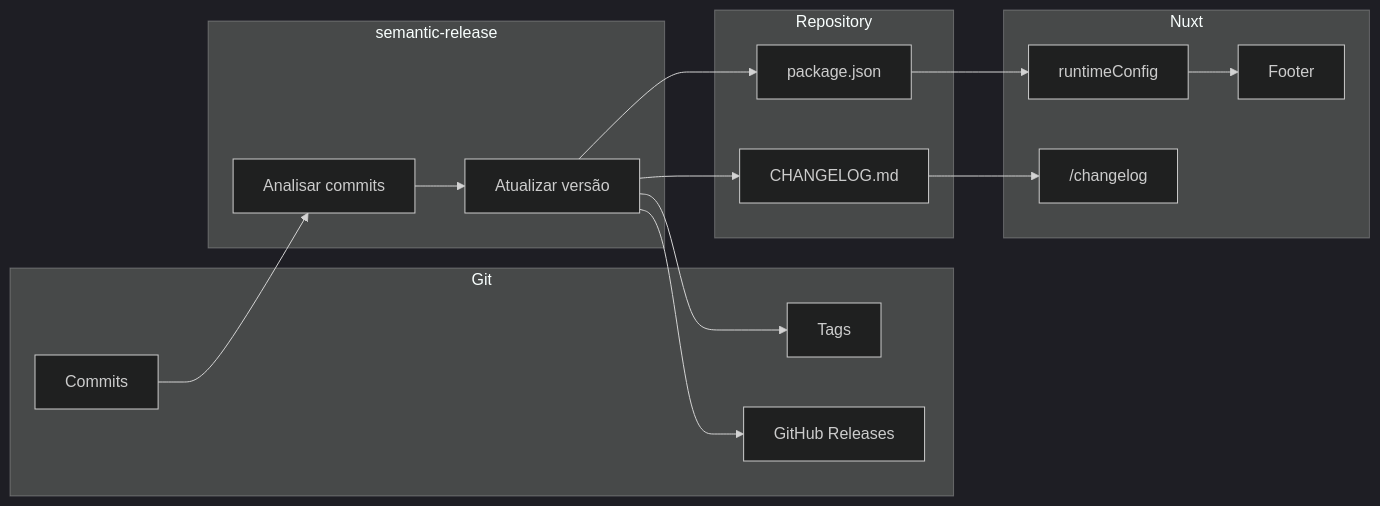
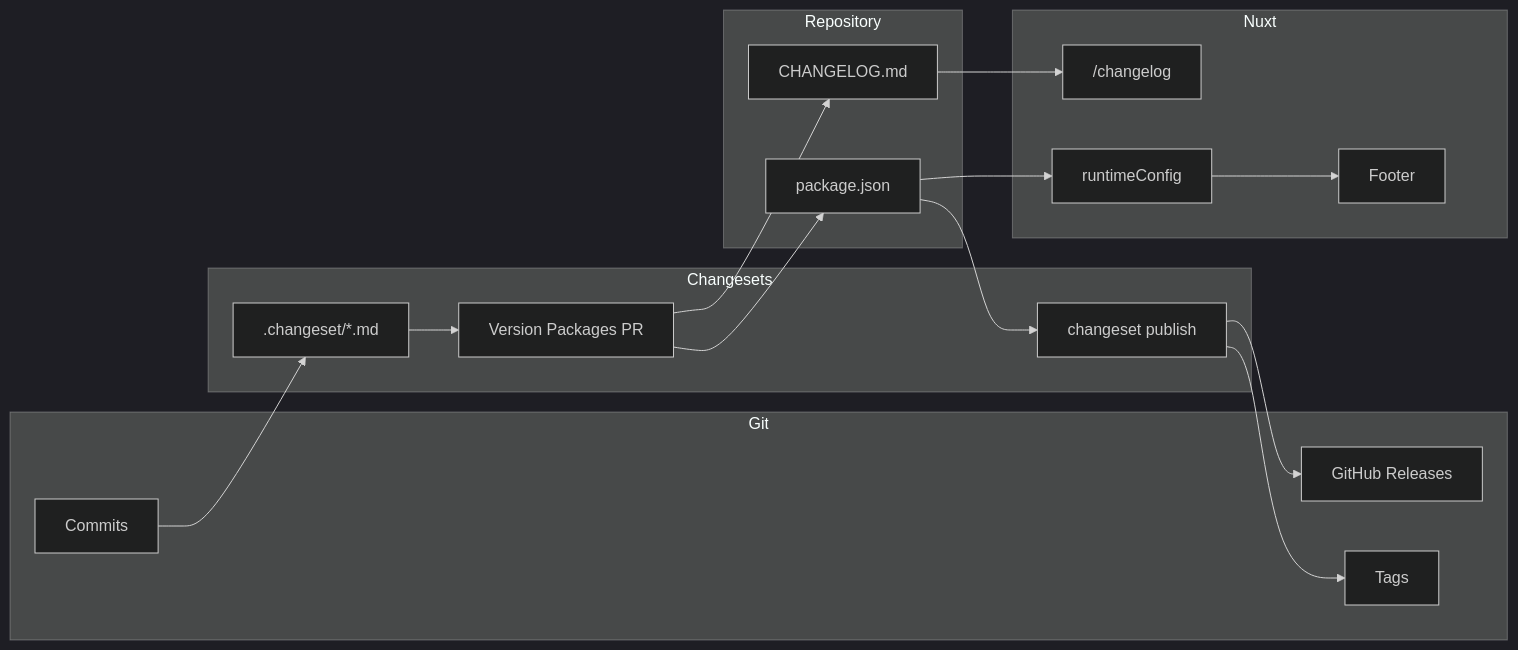
The diagram in docs/architecture.md (gabriel-vitebo/my-portfolio), drawn with Mermaid (dark theme) before and after one commit. The commit also changed 12 other files, not shown here.

Commit message:
chore: remove release configuration file for semantic release

````diff
--- a/docs/architecture.md
+++ b/docs/architecture.md
@@ -1,40 +1,44 @@
 ```mermaid
 flowchart LR
 
     subgraph Git
         A["Commits"]
         B["Tags"]
         C["GitHub Releases"]
     end
 
-    subgraph semantic-release
-        D["Analisar commits"]
-        E["Atualizar versão"]
+    subgraph Changesets
+        D[".changeset/*.md"]
+        E["Version Packages PR"]
+        F["changeset publish"]
     end
 
     subgraph Repository
-        F["package.json"]
-        G["CHANGELOG.md"]
+        G["package.json"]
+        H["CHANGELOG.md"]
     end
 
     subgraph Nuxt
-        H["runtimeConfig"]
-        I["Footer"]
-        J["/changelog"]
+        I["runtimeConfig"]
+        J["Footer"]
+        K["/changelog"]
     end
 
     A --> D
 
     D --> E
 
-    E --> F
     E --> G
-    E --> B
-    E --> C
+    E --> H
 
-    F --> H
+    G --> F
 
-    H --> I
+    F --> B
+    F --> C
 
-    G --> J
+    G --> I
+
+    I --> J
+
+    H --> K
 ```
````
